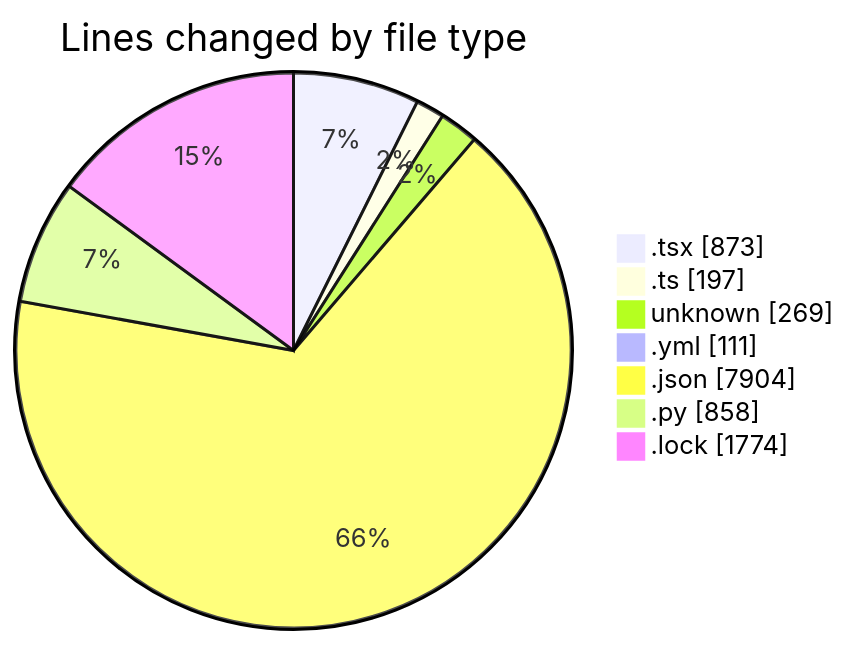
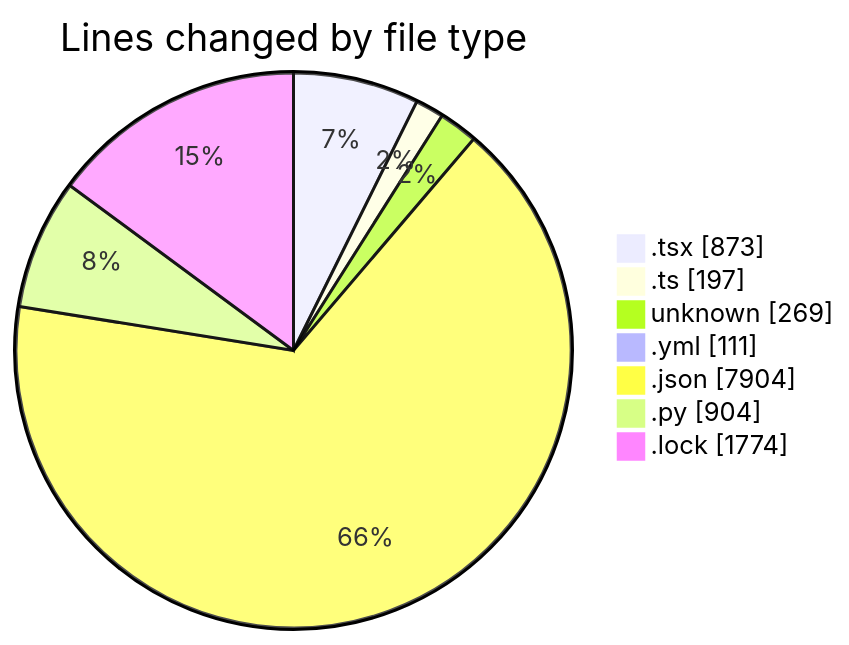
The first of 2 diagrams in 2025-05-20/niten/README.md (Elitesun/code-tracking), drawn with Mermaid before and after one commit. The commit also changed other lines of this file and 1 other file, not shown here.

````diff
--- a/2025-05-20/niten/README.md
+++ b/2025-05-20/niten/README.md
@@ -41,11 +42,11 @@
 ```mermaid
 pie showData
 title Lines changed by file type
 ".tsx" : 873
 ".ts" : 197
 "unknown" : 269
 ".yml" : 111
 ".json" : 7904
-".py" : 858
+".py" : 904
 ".lock" : 1774
 ```
````
